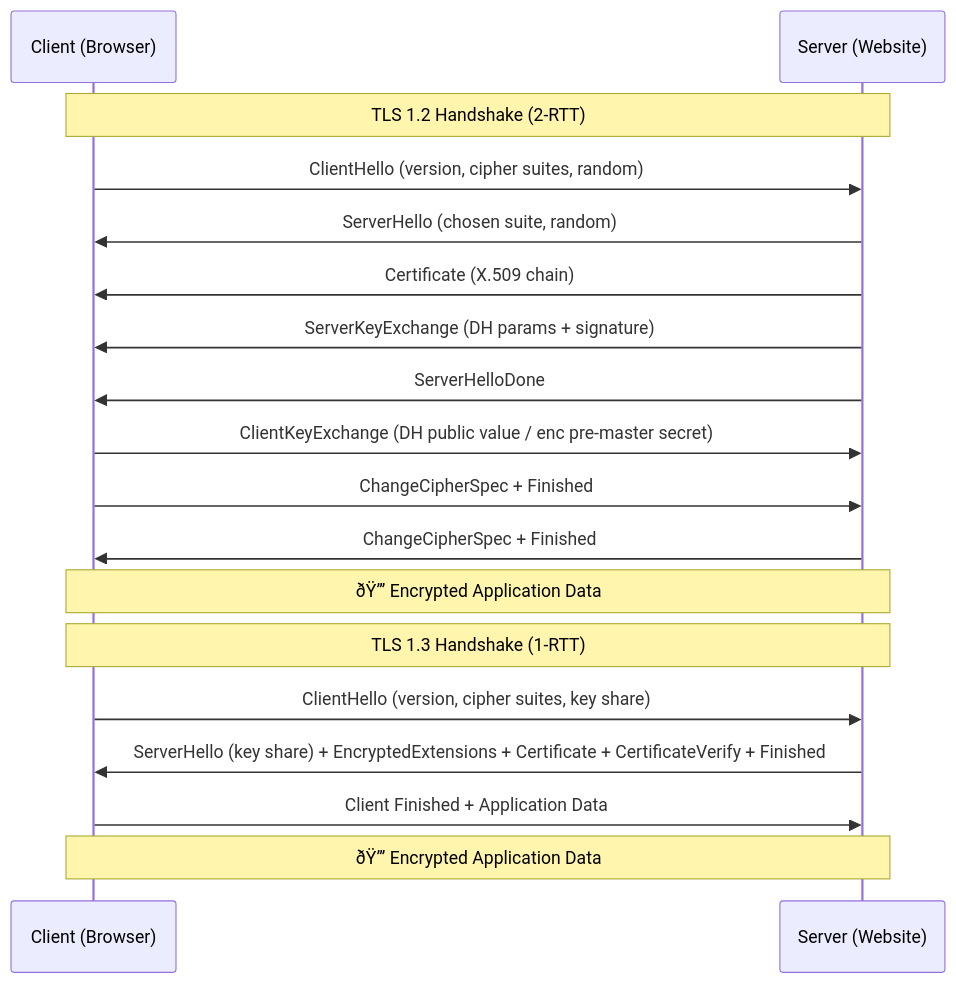
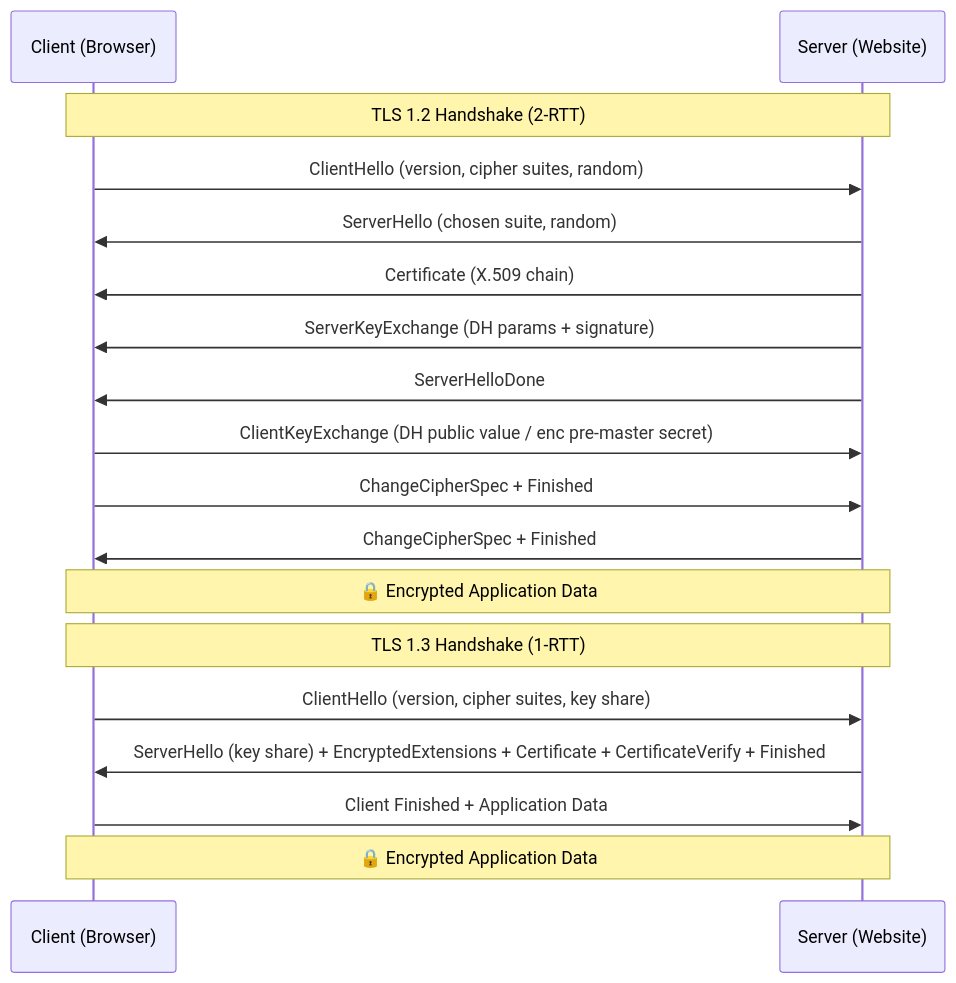
One commit to Raushan666java/ai-engineering-journey changed the third of 5 diagrams in docs/courses/information-security/02-network-security.md. Above: the diagram before and after it, drawn with Mermaid. The commit also changed other lines of this file and 965 other files, not shown here.

````diff
--- a/docs/courses/information-security/02-network-security.md
+++ b/docs/courses/information-security/02-network-security.md
@@ -259,20 +259,20 @@
 ```mermaid
 sequenceDiagram
     participant Client as Client (Browser)
     participant Server as Server (Website)
     Note over Client,Server: TLS 1.2 Handshake (2-RTT)
     Client->>Server: ClientHello (version, cipher suites, random)
     Server->>Client: ServerHello (chosen suite, random)
     Server->>Client: Certificate (X.509 chain)
     Server->>Client: ServerKeyExchange (DH params + signature)
     Server->>Client: ServerHelloDone
     Client->>Server: ClientKeyExchange (DH public value / enc pre-master secret)
     Client->>Server: ChangeCipherSpec + Finished
     Server->>Client: ChangeCipherSpec + Finished
-    Note over Client,Server: ðŸ”’ Encrypted Application Data
+    Note over Client,Server: 🔒 Encrypted Application Data
     Note over Client,Server: TLS 1.3 Handshake (1-RTT)
     Client->>Server: ClientHello (version, cipher suites, key share)
     Server->>Client: ServerHello (key share) + EncryptedExtensions + Certificate + CertificateVerify + Finished
     Client->>Server: Client Finished + Application Data
-    Note over Client,Server: ðŸ”’ Encrypted Application Data
+    Note over Client,Server: 🔒 Encrypted Application Data
 ```
````
